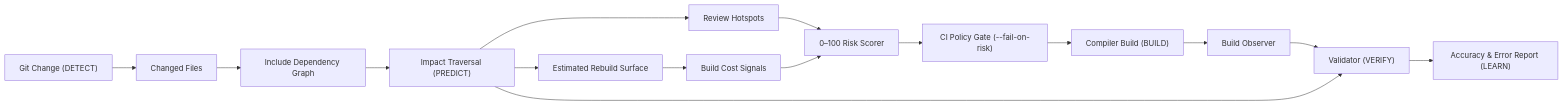
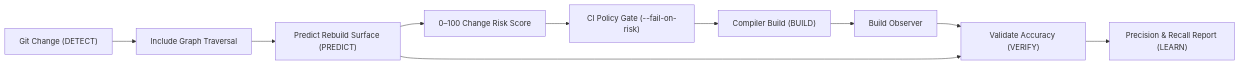
The diagram in README.md (Destroyer795/compileforge), drawn with Mermaid before and after one commit. The commit also changed other lines of this file and 29 other files, not shown here.

````diff
--- a/README.md
+++ b/README.md
@@ -54,17 +51,12 @@
 ```mermaid
 flowchart LR
-    A["Git Change (DETECT)"] --> B["Changed Files"]
-    B --> C["Include Dependency Graph"]
-    C --> D["Impact Traversal (PREDICT)"]
-    D --> E["Estimated Rebuild Surface"]
-    D --> F["Review Hotspots"]
-    E --> G["Build Cost Signals"]
-    F --> H["0–100 Risk Scorer"]
-    G --> H
-    H --> I["CI Policy Gate (--fail-on-risk)"]
-    I --> J["Compiler Build (BUILD)"]
-    J --> K["Build Observer"]
-    K --> L["Validator (VERIFY)"]
-    D --> L
-    L --> M["Accuracy & Error Report (LEARN)"]
+    A["Git Change (DETECT)"] --> B["Include Graph Traversal"]
+    B --> C["Predict Rebuild Surface (PREDICT)"]
+    C --> D["0–100 Change Risk Score"]
+    D --> E["CI Policy Gate (--fail-on-risk)"]
+    E --> F["Compiler Build (BUILD)"]
+    F --> G["Build Observer"]
+    G --> H["Validate Accuracy (VERIFY)"]
+    C --> H
+    H --> I["Precision & Recall Report (LEARN)"]
 ```
````
